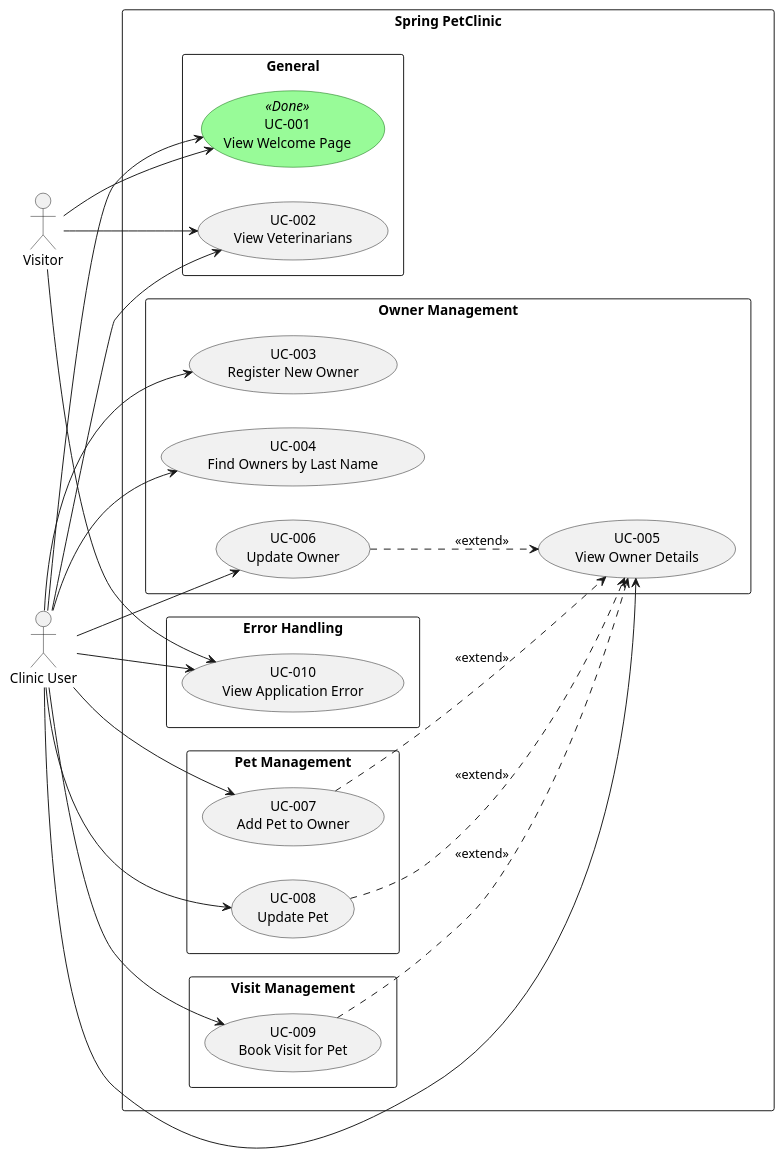
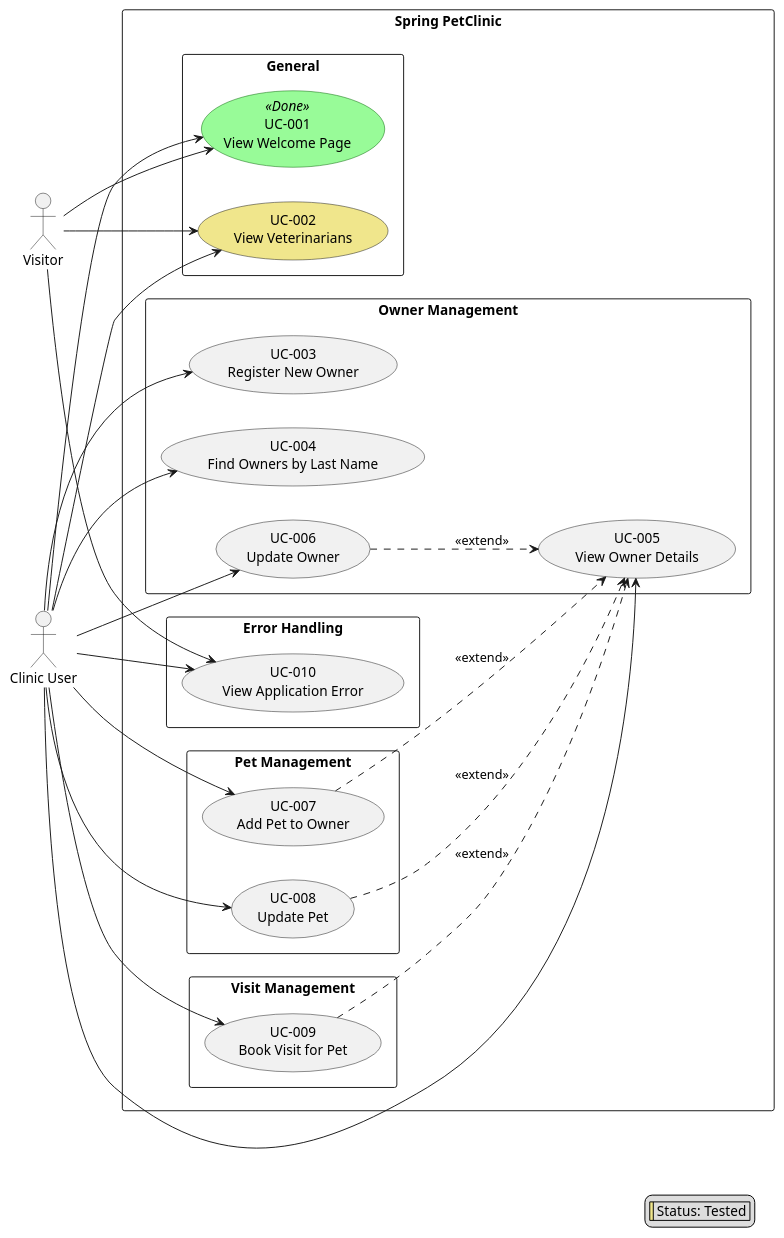
One commit to AI-Unified-Process/petclinic changed the diagram in docs/use_cases.puml. Above: the diagram before and after it, drawn with PlantUML. The commit also changed 2 other files, not shown here.

Commit message:
werkstatt(UC-002): status Approved -> Tested; C-011: Open -> In Progress, FR-003: Open -> Verified, NFR-001: Open -> In Progress, NFR-002: Open -> In Progress, NFR-003: Open -> In Progress

```diff
--- a/docs/use_cases.puml
+++ b/docs/use_cases.puml
@@ -1,63 +1,67 @@
 @startuml Use Cases Overview
 left to right direction
 skinparam packageStyle rectangle
 skinparam usecase {
     BackgroundColor<<Done>> PaleGreen
     BorderColor<<Done>> DarkGreen
 }
 
 actor "Visitor" as visitor
 actor "Clinic User" as user
 
 rectangle "Spring PetClinic" {
 
     package "General" {
         usecase "UC-001\nView Welcome Page" as UC001 <<Done>>
-        usecase "UC-002\nView Veterinarians" as UC002
+        usecase "UC-002\nView Veterinarians" as UC002 #Khaki
     }
 
     package "Owner Management" {
         usecase "UC-003\nRegister New Owner" as UC003
         usecase "UC-004\nFind Owners by Last Name" as UC004
         usecase "UC-005\nView Owner Details" as UC005
         usecase "UC-006\nUpdate Owner" as UC006
     }
 
     package "Pet Management" {
         usecase "UC-007\nAdd Pet to Owner" as UC007
         usecase "UC-008\nUpdate Pet" as UC008
     }
 
     package "Visit Management" {
         usecase "UC-009\nBook Visit for Pet" as UC009
     }
 
     package "Error Handling" {
         usecase "UC-010\nView Application Error" as UC010
     }
 }
 
 ' Visitor — anonymous, read-only access
 visitor --> UC001
 visitor --> UC002
 visitor --> UC010
 
 ' Clinic User — inherits visitor access plus management use cases
 user --> UC001
 user --> UC002
 user --> UC003
 user --> UC004
 user --> UC005
 user --> UC006
 user --> UC007
 user --> UC008
 user --> UC009
 user --> UC010
 
 ' Relationships
 UC007 ..> UC005 : <<extend>>
 UC008 ..> UC005 : <<extend>>
 UC009 ..> UC005 : <<extend>>
 UC006 ..> UC005 : <<extend>>
 
+legend right
+  |<#Khaki>| Status: Tested |
+endlegend
+
 @enduml
```
